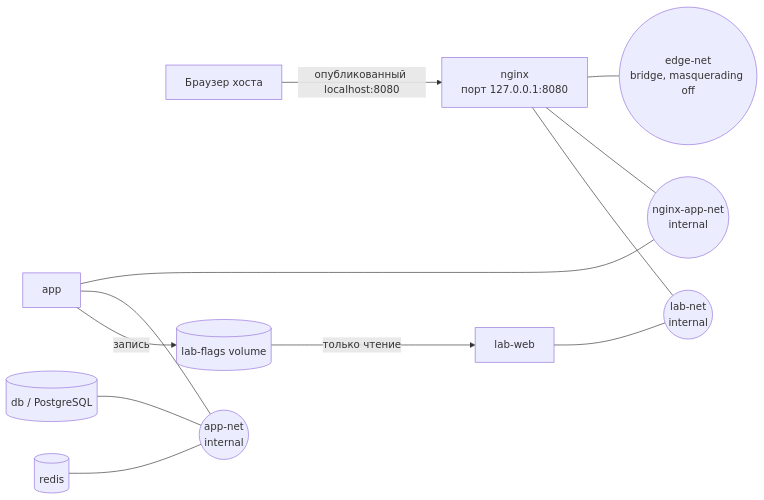
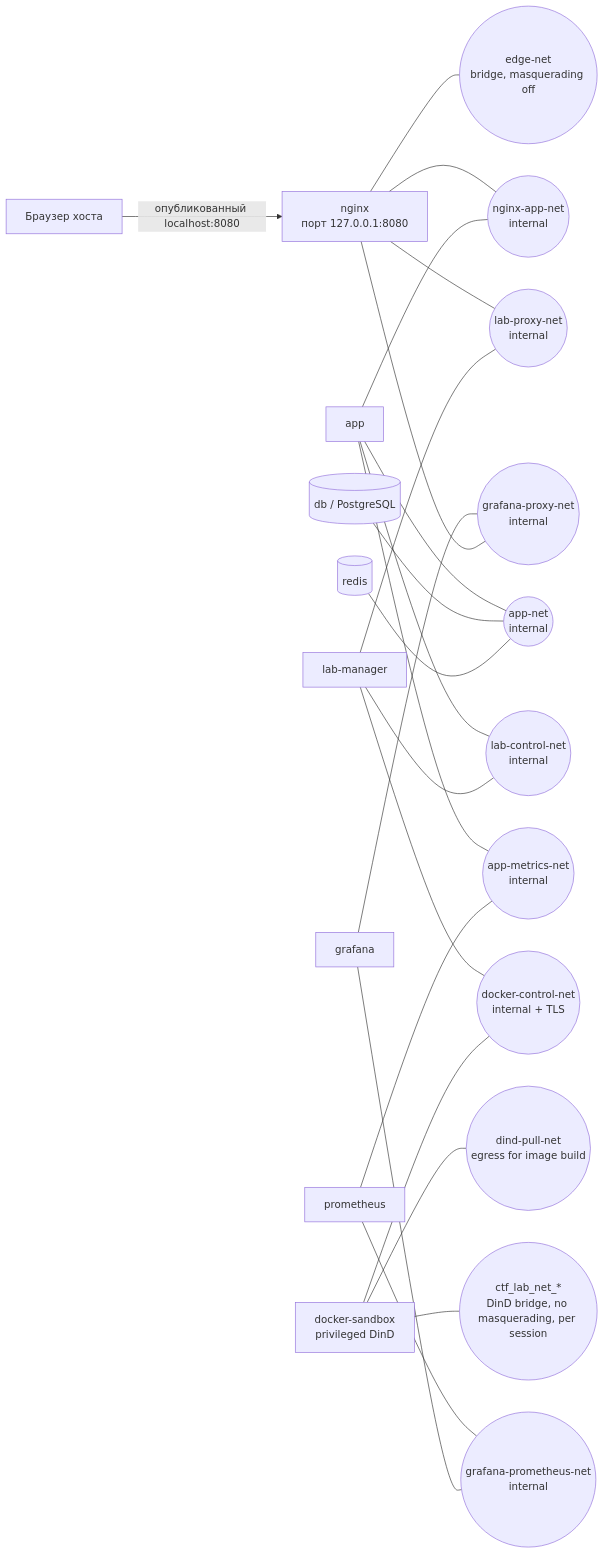
One commit to igikawa/cyberarena changed the second of 2 diagrams in README.md. Above: the diagram before and after it, drawn with Mermaid. The commit also changed other lines of this file and 48 other files, not shown here.

````diff
--- a/README.md
+++ b/README.md
@@ -65,28 +85,44 @@
 ```mermaid
 flowchart LR
     browser["Браузер хоста"]
     nginx["nginx<br/>порт 127.0.0.1:8080"]
     app["app"]
     db[("db / PostgreSQL")]
     redis[("redis")]
-    lab["lab-web"]
+    manager["lab-manager"]
+    dind["docker-sandbox<br/>privileged DinD"]
 
     edge(("edge-net<br/>bridge, masquerading off"))
     nginx_app(("nginx-app-net<br/>internal"))
     app_net(("app-net<br/>internal"))
-    lab_net(("lab-net<br/>internal"))
+    lab_control(("lab-control-net<br/>internal"))
+    docker_control(("docker-control-net<br/>internal + TLS"))
+    lab_proxy(("lab-proxy-net<br/>internal"))
+    dind_pull(("dind-pull-net<br/>egress for image build"))
+    lab_session(("ctf_lab_net_*<br/>DinD bridge, no masquerading, per session"))
+    app_metrics_net(("app-metrics-net<br/>internal"))
+    grafana_prometheus_net(("grafana-prometheus-net<br/>internal"))
+    grafana_proxy_net(("grafana-proxy-net<br/>internal"))
 
     browser -->|"опубликованный localhost:8080"| nginx
     nginx --- edge
     nginx --- nginx_app
     app --- nginx_app
     app --- app_net
     db --- app_net
     redis --- app_net
-    nginx --- lab_net
-    lab --- lab_net
-
-    flags[("lab-flags volume")]
-    app -->|"запись"| flags
-    flags -->|"только чтение"| lab
+    nginx --- lab_proxy
+    manager --- lab_proxy
+    app --- lab_control
+    manager --- lab_control
+    manager --- docker_control
+    dind --- docker_control
+    dind --- dind_pull
+    dind --- lab_session
+    app --- app_metrics_net
+    prometheus["prometheus"] --- app_metrics_net
+    prometheus --- grafana_prometheus_net
+    grafana["grafana"] --- grafana_prometheus_net
+    grafana --- grafana_proxy_net
+    nginx --- grafana_proxy_net
 ```
````
